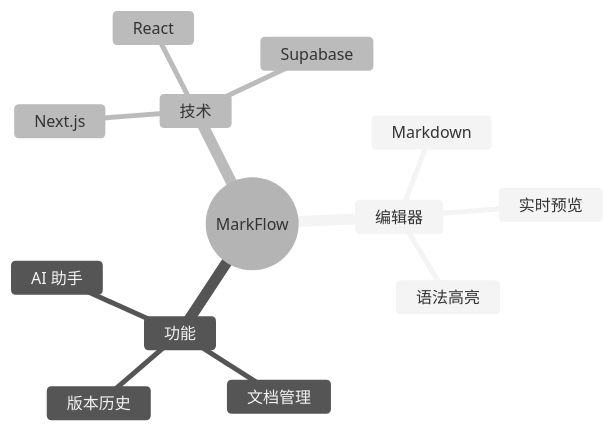
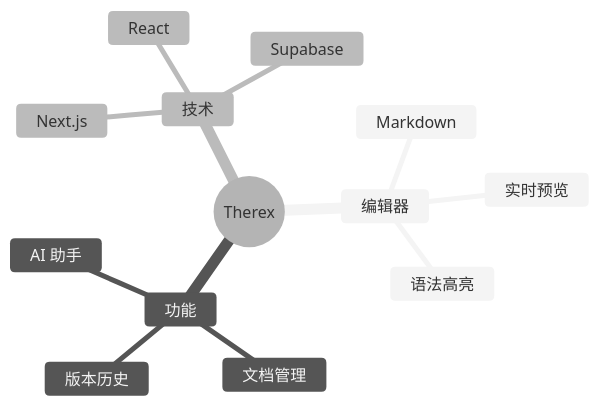
One commit to riceshowerX/therex changed the seventh of 11 diagrams in docs/MATH_AND_CHARTS.md. Above: the diagram before and after it, drawn with Mermaid (neutral theme). The commit also changed other lines of this file and 12 other files, not shown here.

````diff
--- a/docs/MATH_AND_CHARTS.md
+++ b/docs/MATH_AND_CHARTS.md
@@ -261,16 +261,16 @@
 ```mermaid
 mindmap
-  root((MarkFlow))
+  root((Therex))
     编辑器
       Markdown
       实时预览
       语法高亮
     功能
       AI 助手
       文档管理
       版本历史
     技术
       Next.js
       React
       Supabase
 ```
````
